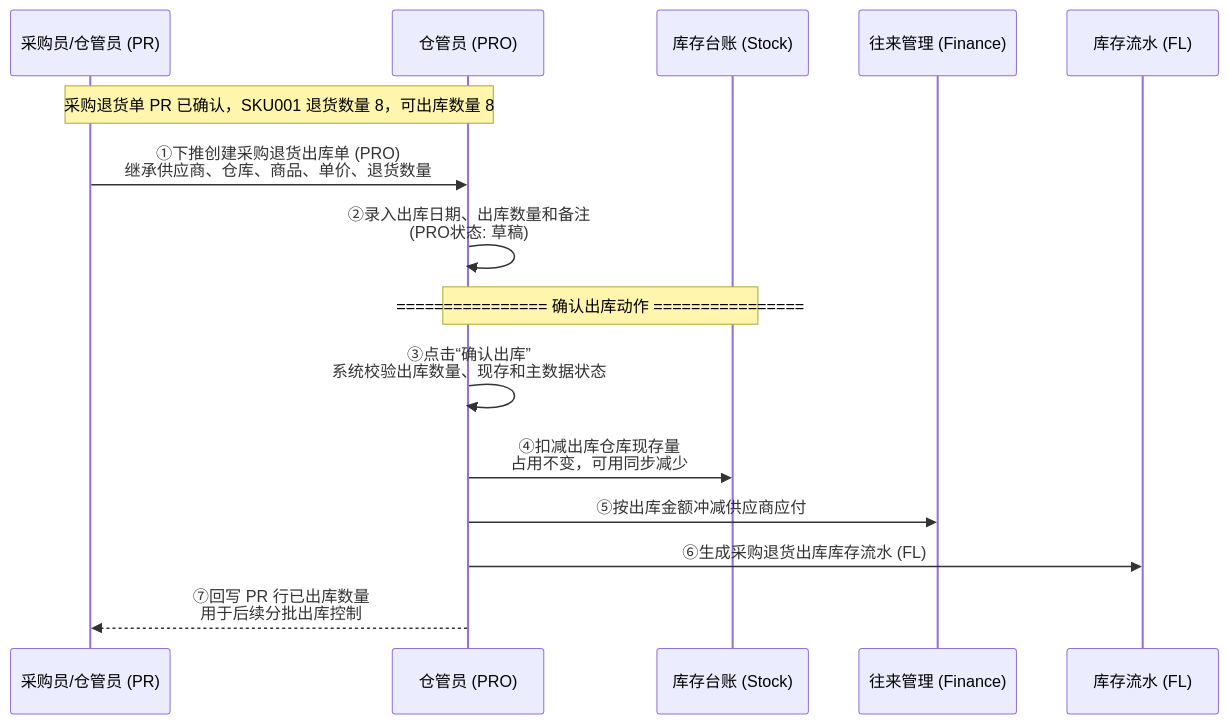
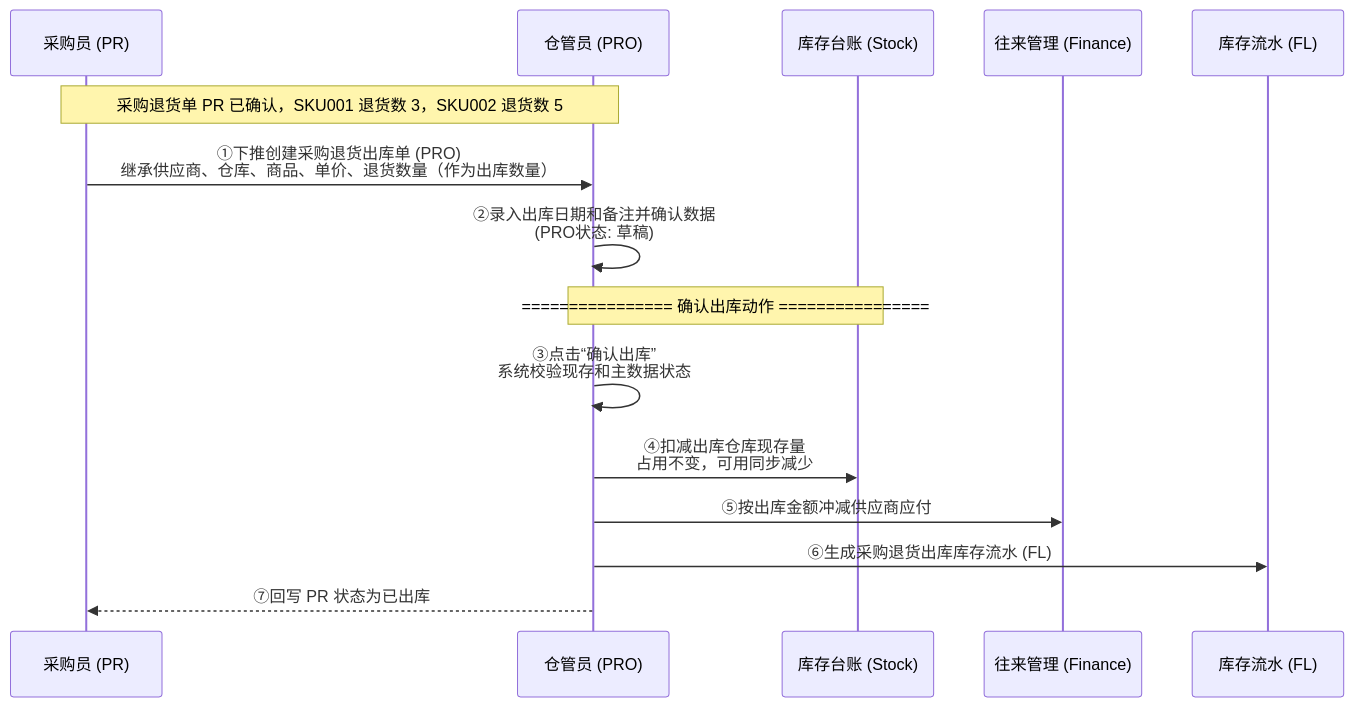
The second of 2 diagrams in prd-docs/采购管理/采购退货出库单/采购退货出库单_业务流程推演.md (lophyJessica/forge-erp), drawn with Mermaid before and after one commit. The commit also changed other lines of this file and 14 other files, not shown here.

````diff
--- a/prd-docs/采购管理/采购退货出库单/采购退货出库单_业务流程推演.md
+++ b/prd-docs/采购管理/采购退货出库单/采购退货出库单_业务流程推演.md
@@ -32,20 +32,20 @@
 ```mermaid
 sequenceDiagram
-    participant P as 采购员/仓管员 (PR)
+    participant P as 采购员 (PR)
     participant W as 仓管员 (PRO)
     participant S as 库存台账 (Stock)
     participant F as 往来管理 (Finance)
     participant L as 库存流水 (FL)
 
-    Note over P,W: 采购退货单 PR 已确认，SKU001 退货数量 8，可出库数量 8
-    P->>W: ①下推创建采购退货出库单 (PRO)<br/>继承供应商、仓库、商品、单价、退货数量
-    W->>W: ②录入出库日期、出库数量和备注<br/>(PRO状态: 草稿)
+    Note over P,W: 采购退货单 PR 已确认，SKU001 退货数 3，SKU002 退货数 5
+    P->>W: ①下推创建采购退货出库单 (PRO)<br/>继承供应商、仓库、商品、单价、退货数量（作为出库数量）
+    W->>W: ②录入出库日期和备注并确认数据<br/>(PRO状态: 草稿)
 
     Note over W,S: ================ 确认出库动作 ================
 
-    W->>W: ③点击“确认出库”<br/>系统校验出库数量、现存和主数据状态
+    W->>W: ③点击“确认出库”<br/>系统校验现存和主数据状态
     W->>S: ④扣减出库仓库现存量<br/>占用不变，可用同步减少
     W->>F: ⑤按出库金额冲减供应商应付
     W->>L: ⑥生成采购退货出库库存流水 (FL)
-    W-->>P: ⑦回写 PR 行已出库数量<br/>用于后续分批出库控制
+    W-->>P: ⑦回写 PR 状态为已出库
 ```
````
